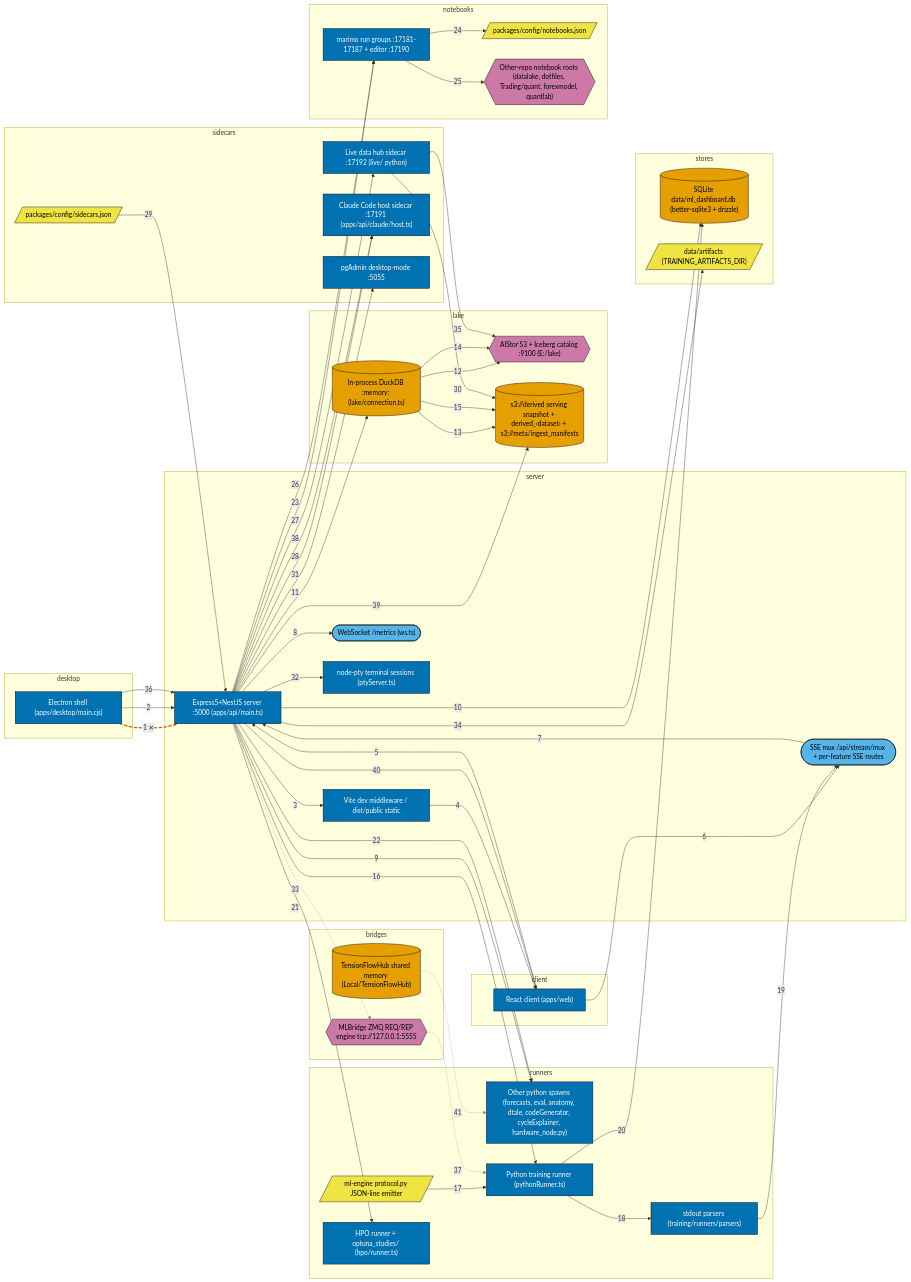
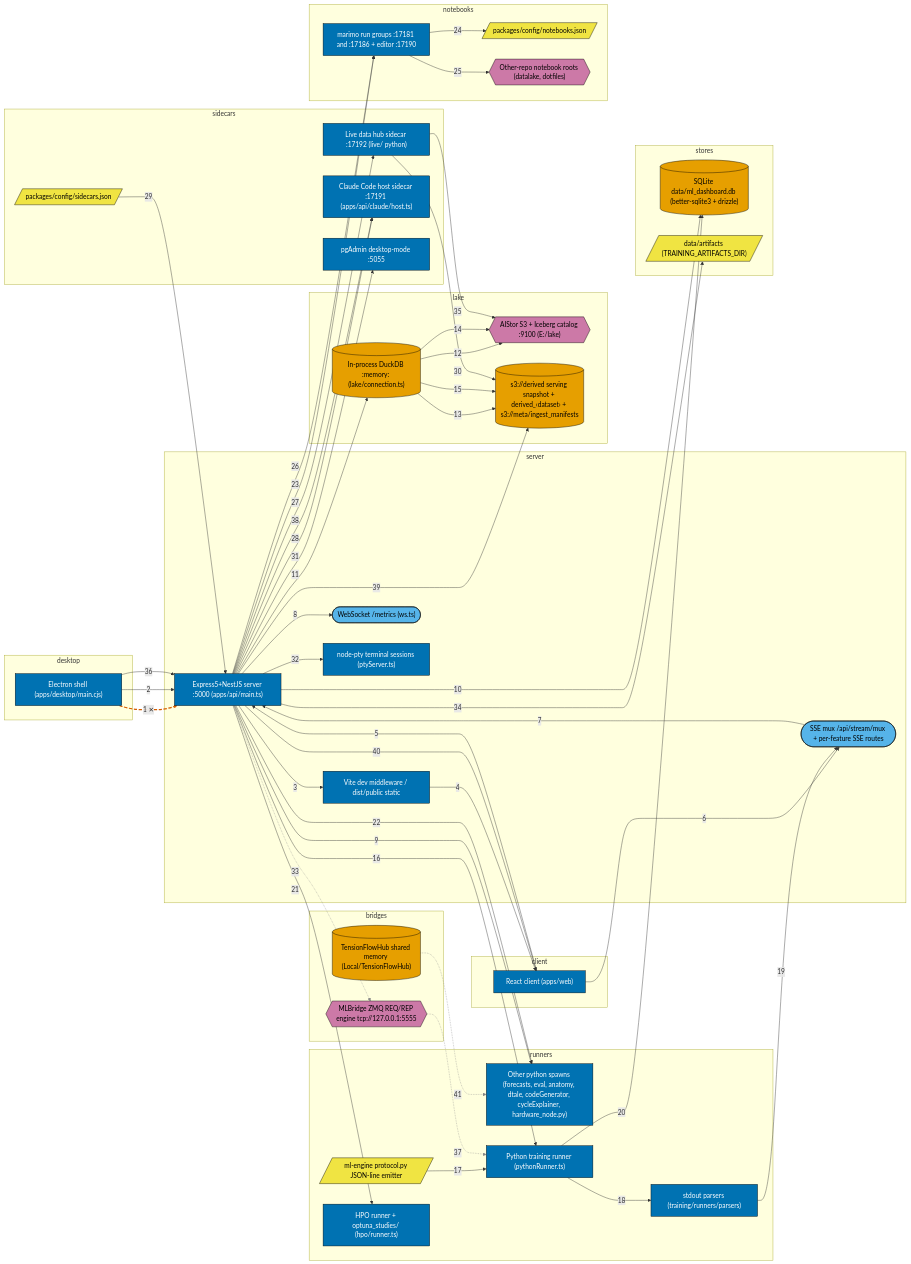
The diagram in docs/diagrams/connections.md (Outtsett/ml_dashboard), drawn with Mermaid before and after one commit. The commit also changed other lines of this file and 1 other file, not shown here.

First line of the commit message:
chore(notebooks): drop groups for deleted Trading quant, quantlab, forexmodel

```diff
--- a/docs/diagrams/connections.md
+++ b/docs/diagrams/connections.md
@@ -54,9 +54,9 @@
     derived_snapshot[("s3://derived serving snapshot + derived_‹dataset› + s3://meta/ingest_manifests")]:::store
   end
   subgraph g_notebooks["notebooks"]
-    marimo_groups["marimo run groups :17181-17187 + editor :17190"]:::process
+    marimo_groups["marimo run groups :17181 and :17186 + editor :17190"]:::process
     notebooks_json[/"packages/config/notebooks.json"/]:::file
-    notebook_repos{{"Other-repo notebook roots (datalake, dotfiles, Trading/quant, forexmodel, quantlab)"}}:::external
+    notebook_repos{{"Other-repo notebook roots (datalake, dotfiles)"}}:::external
   end
   subgraph g_sidecars["sidecars"]
     live_sidecar["Live data hub sidecar :17192 (live/ python)"]:::process
```
